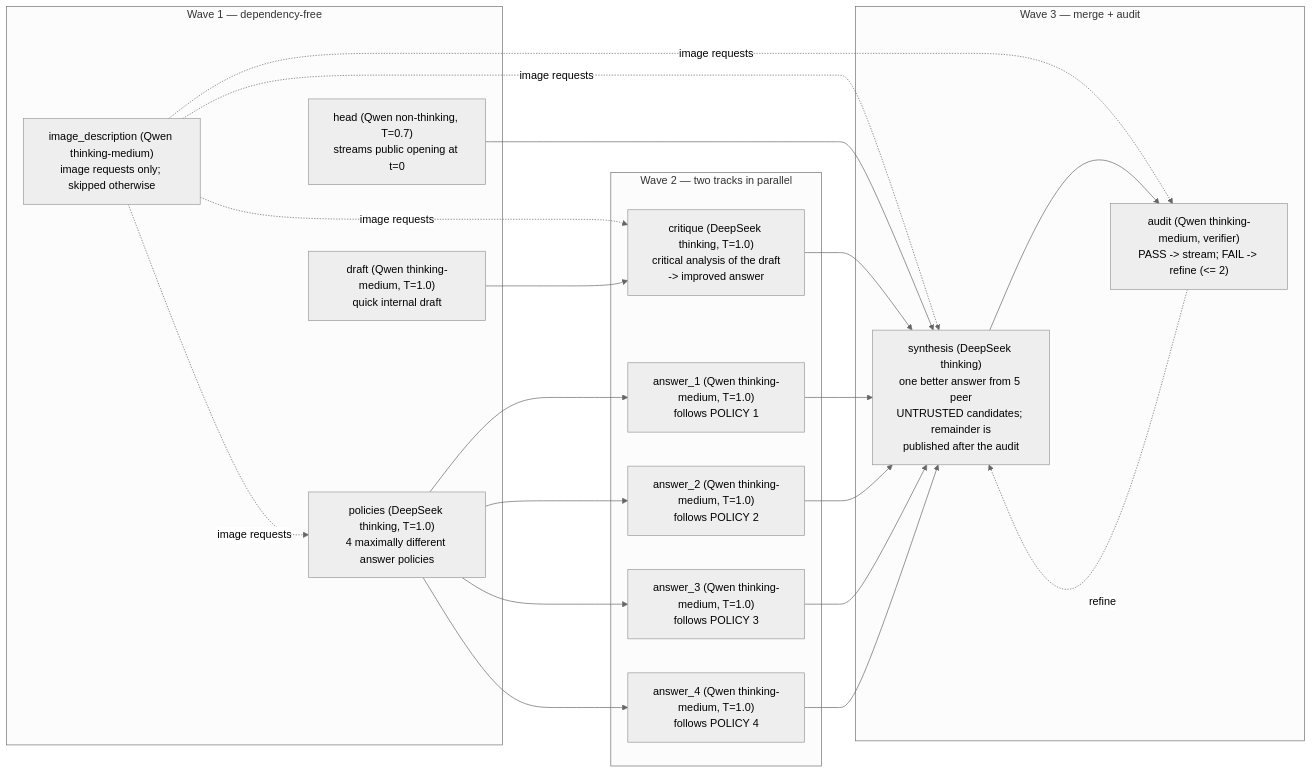
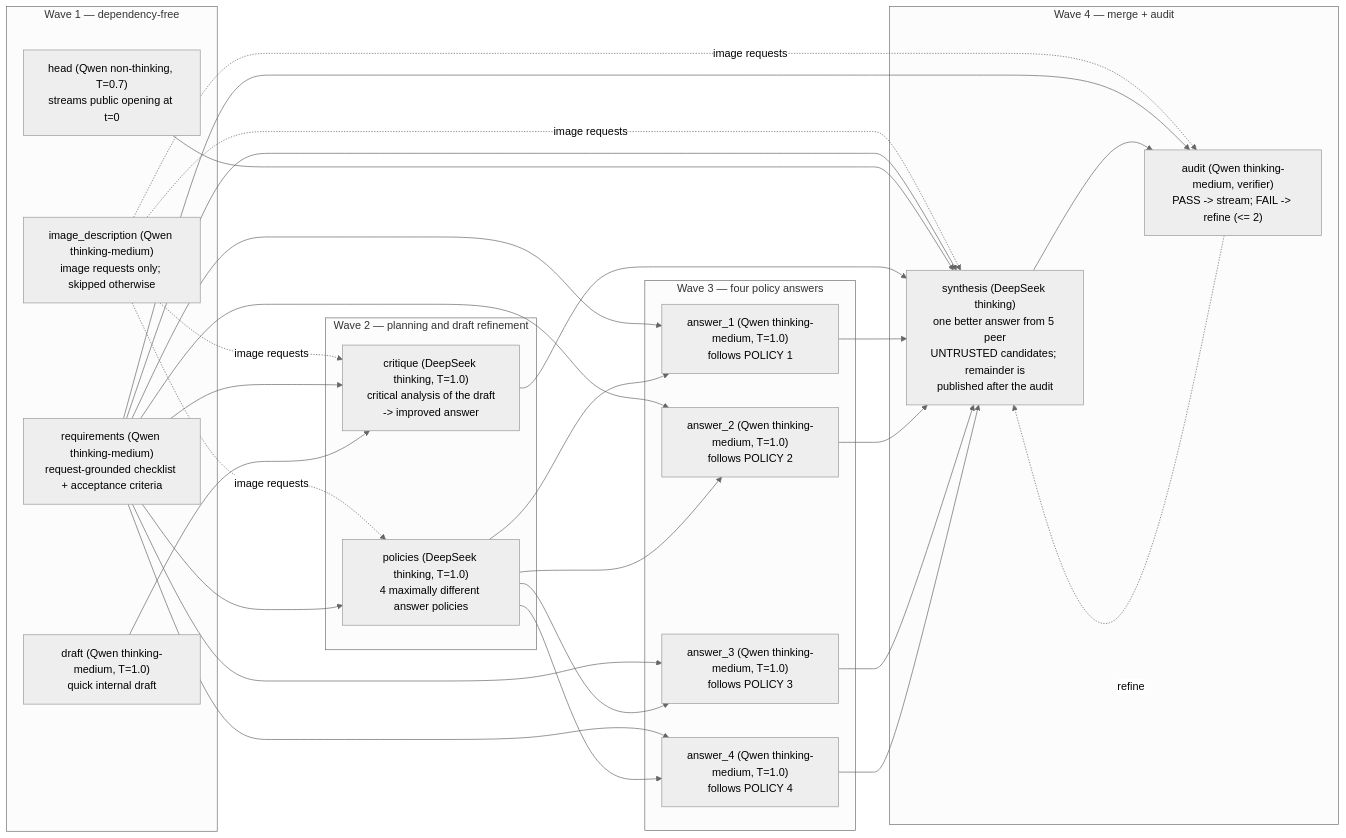
One commit to ytworks/kairyu changed the diagram in examples/qwen3.8-deepseek-v4-8gpu/README.md. Above: the diagram before and after it, drawn with Mermaid (neutral theme). The commit also changed other lines of this file and 8 other files, not shown here.

Commit message:
feat(examples): audit ensemble answers against request requirements

````diff
--- a/examples/qwen3.8-deepseek-v4-8gpu/README.md
+++ b/examples/qwen3.8-deepseek-v4-8gpu/README.md
@@ -158,37 +162,45 @@
 ```mermaid
 flowchart LR
     subgraph W1["Wave 1 — dependency-free"]
         H["head (Qwen non-thinking, T=0.7)<br/>streams public opening at t=0"]
         DR["draft (Qwen thinking-medium, T=1.0)<br/>quick internal draft"]
         ID["image_description (Qwen thinking-medium)<br/>image requests only; skipped otherwise"]
+        RQ["requirements (Qwen thinking-medium)<br/>request-grounded checklist + acceptance criteria"]
+    end
+    subgraph W2["Wave 2 — planning and draft refinement"]
         PO["policies (DeepSeek thinking, T=1.0)<br/>4 maximally different answer policies"]
+        CR["critique (DeepSeek thinking, T=1.0)<br/>critical analysis of the draft<br/>-> improved answer"]
     end
-    subgraph W2["Wave 2 — two tracks in parallel"]
+    subgraph W3["Wave 3 — four policy answers"]
         A1["answer_1 (Qwen thinking-medium, T=1.0)<br/>follows POLICY 1"]
         A2["answer_2 (Qwen thinking-medium, T=1.0)<br/>follows POLICY 2"]
         A3["answer_3 (Qwen thinking-medium, T=1.0)<br/>follows POLICY 3"]
         A4["answer_4 (Qwen thinking-medium, T=1.0)<br/>follows POLICY 4"]
-        CR["critique (DeepSeek thinking, T=1.0)<br/>critical analysis of the draft<br/>-> improved answer"]
     end
-    subgraph W3["Wave 3 — merge + audit"]
+    subgraph W4["Wave 4 — merge + audit"]
         CO["synthesis (DeepSeek thinking)<br/>one better answer from 5 peer<br/>UNTRUSTED candidates; remainder is<br/>published after the audit"]
         AU["audit (Qwen thinking-medium, verifier)<br/>PASS -> stream; FAIL -> refine (<= 2)"]
     end
     ID -.image requests.-> PO
     ID -.image requests.-> CR
     ID -.image requests.-> CO
     ID -.image requests.-> AU
+    RQ --> PO
+    RQ --> CR
+    RQ --> A1 & A2 & A3 & A4
+    RQ --> CO
+    RQ --> AU
     PO --> A1
     PO --> A2
     PO --> A3
     PO --> A4
     DR --> CR
     H --> CO
     CR --> CO
     A1 --> CO
     A2 --> CO
     A3 --> CO
     A4 --> CO
     CO --> AU
     AU -.refine.-> CO
 ```
````
